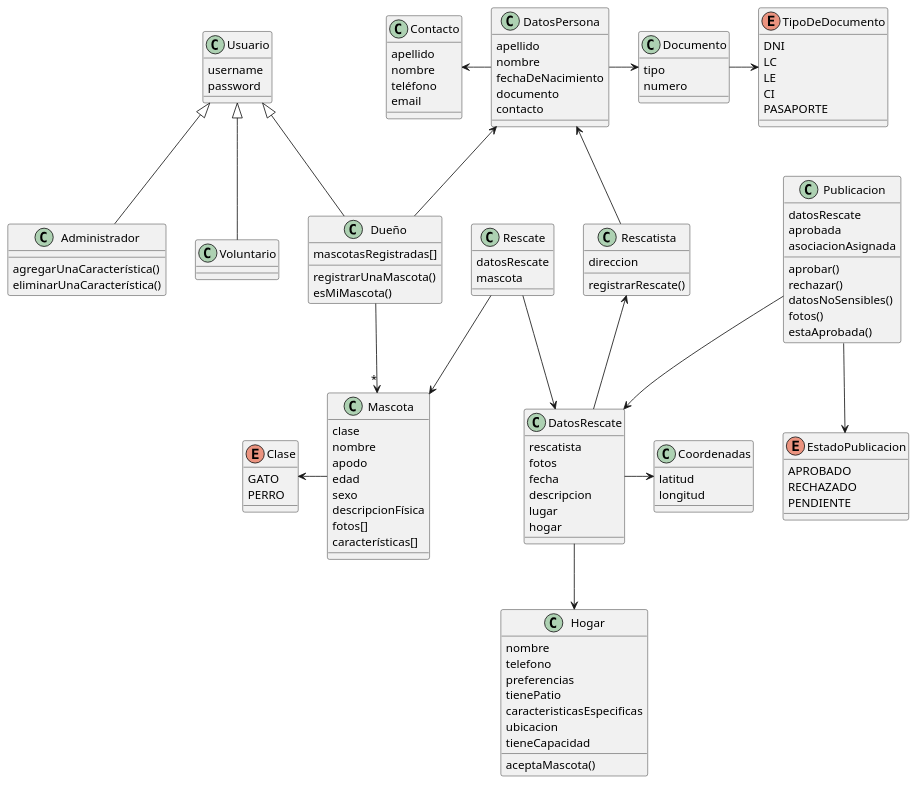
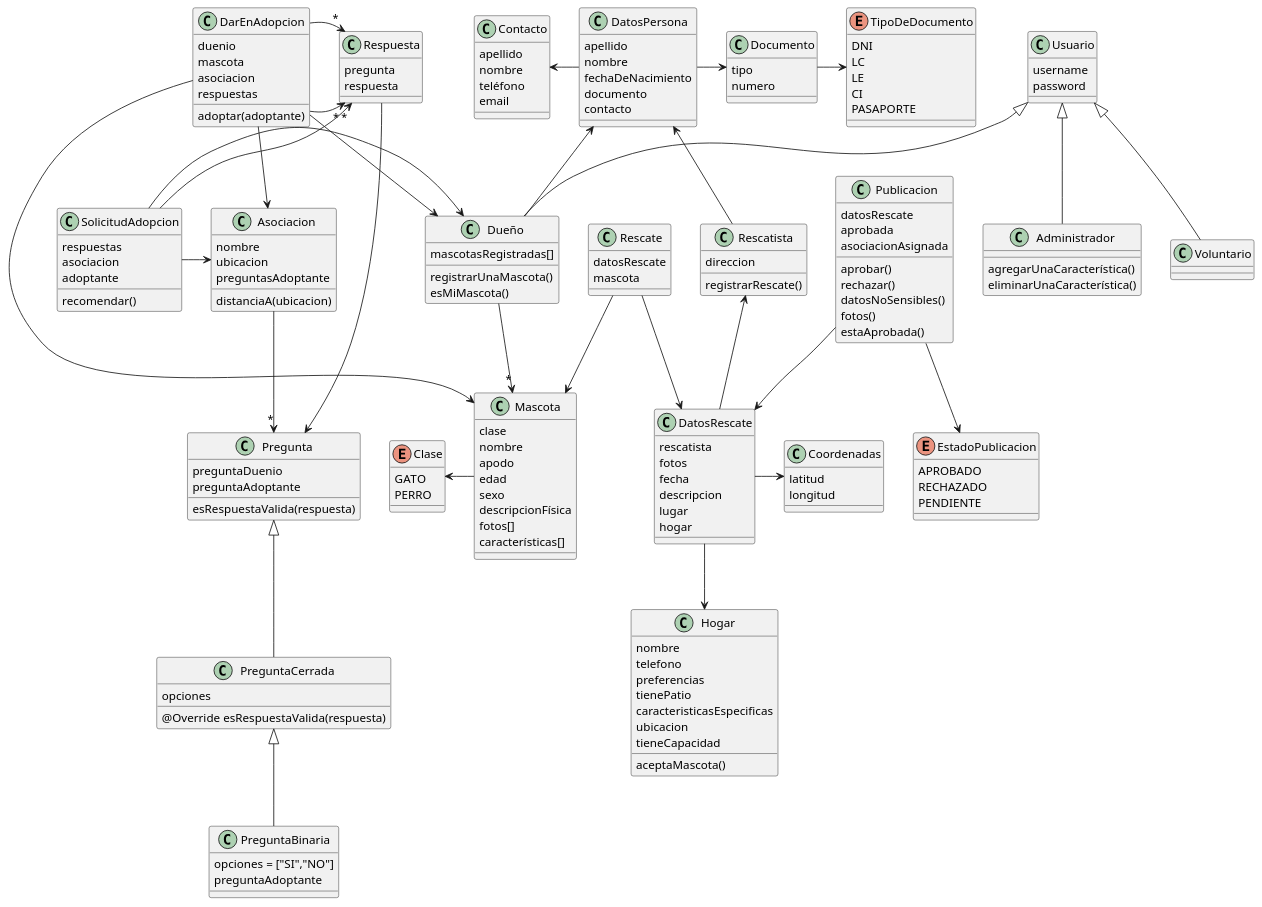
One commit to aleeherasimiuk/RescateDePatitas changed the diagram in diagramas/dominio.plantuml. Above: the diagram before and after it, drawn with PlantUML.

Commit message:
Diagrama de clases con ultima entrega agregada

```diff
--- a/diagramas/dominio.plantuml
+++ b/diagramas/dominio.plantuml
@@ -122,6 +122,50 @@
   aceptaMascota()
 }
 
+class Pregunta{
+  preguntaDuenio
+  preguntaAdoptante
+  esRespuestaValida(respuesta)
+}
+
+class PreguntaCerrada{
+  opciones
+  @Override esRespuestaValida(respuesta)
+}
+
+class PreguntaBinaria{
+  opciones = ["SI","NO"]
+  preguntaAdoptante
+}
+
+class Respuesta{
+  pregunta
+  respuesta
+}
+
+class DarEnAdopcion{
+  duenio
+  mascota
+  asociacion
+  respuestas
+  adoptar(adoptante)
+}
+
+class SolicitudAdopcion{
+  respuestas
+  asociacion
+  adoptante
+  recomendar()
+}
+
+class Asociacion{
+  nombre
+  ubicacion
+  preguntasAdoptante
+  distanciaA(ubicacion)
+}
+
+
 Dueño         -u->    DatosPersona
 Rescatista    -u->    DatosPersona
 DatosPersona  -r->    Documento
@@ -139,5 +183,19 @@
 Rescate       -d->    DatosRescate
 DatosRescate  -d->    Hogar
 Voluntario    -u-|>   Usuario
+PreguntaCerrada -u-|> Pregunta
+PreguntaBinaria -u-|> PreguntaCerrada
+Respuesta       -l->  Pregunta
+DarEnAdopcion -d->"*" Respuesta
+SolicitudAdopcion -u->"*" Respuesta
+Asociacion -d->"*"    Pregunta
+SolicitudAdopcion ->  Dueño
+SolicitudAdopcion ->  Asociacion
+DarEnAdopcion ->      Dueño
+DarEnAdopcion ->      Mascota
+DarEnAdopcion ->      Asociacion
+DarEnAdopcion ->"*"   Respuesta
+
+
 
 @enduml
```
